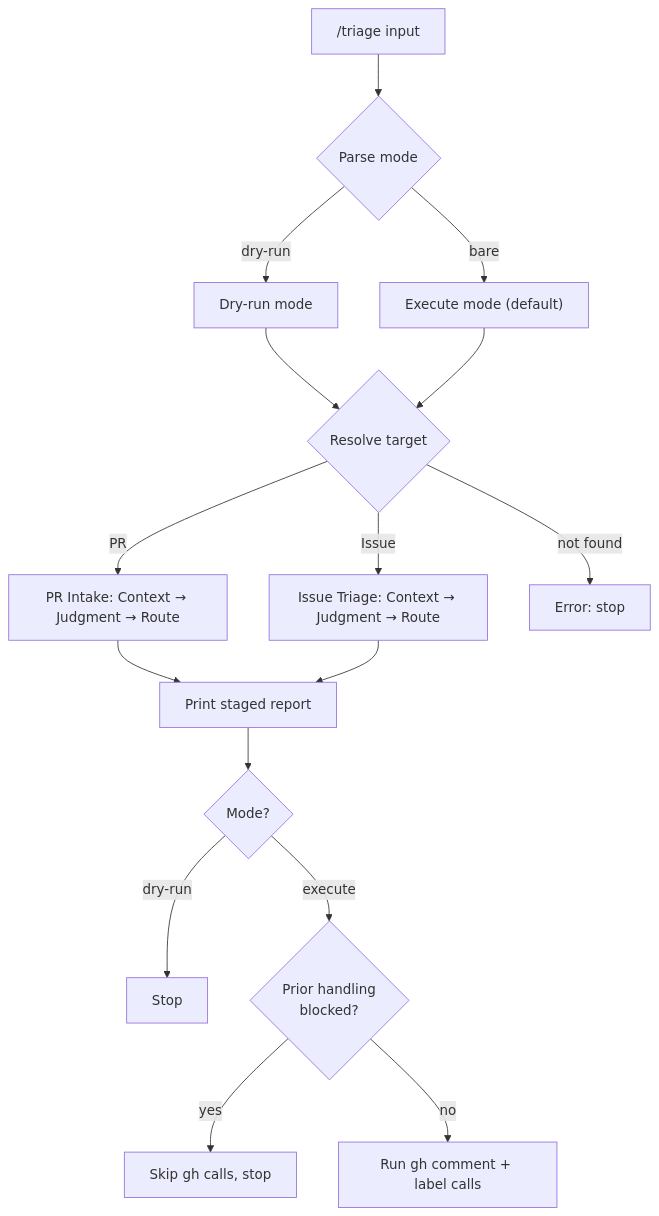
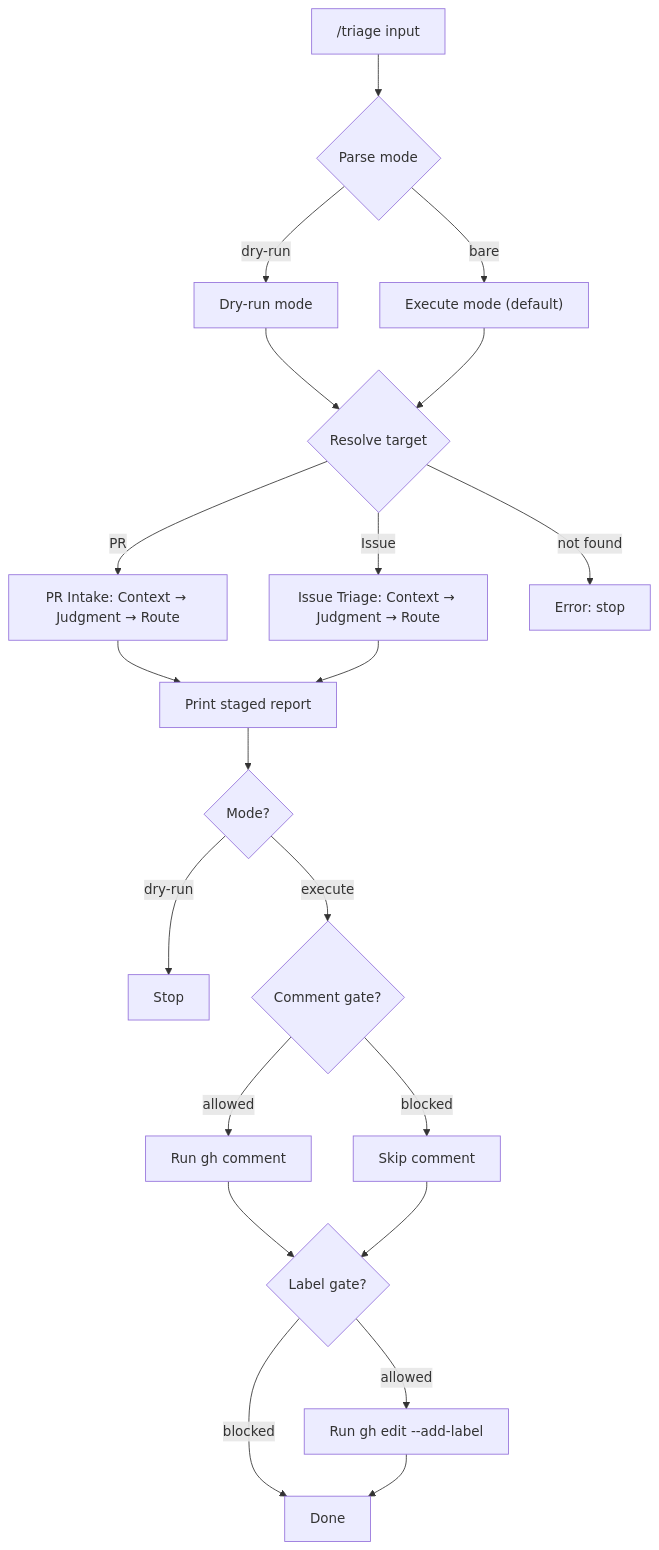
One commit to CNCSMonster/qwen-code changed the first of 2 diagrams in .qwen/skills/triage/references/workflow-overview.md. Above: the diagram before and after it, drawn with Mermaid. The commit also changed 2 other files, not shown here.

Commit message:
refactor(skill): split triage prior-handling into tiered comment/label gates
The single binary gate was too aggressive — a collaborator leaving a one-line
"Related to #X" comment blocked ALL side effects including adding useful
routing labels. Labels are low-noise and provide genuine routing value even
when comments are blocked.

Split into two independent gates:
- Comment gate (strict): blocks gh comment when collaborator/bot engaged
- Label gate (permissive): blocks gh edit --add-label only when routing
  labels already exist or issue is closed

Also removed confirmation/override language since this will run in CI.

````diff
--- a/.qwen/skills/triage/references/workflow-overview.md
+++ b/.qwen/skills/triage/references/workflow-overview.md
@@ -41,21 +41,26 @@
 ```mermaid
 flowchart TD
   A["/triage input"] --> M{"Parse mode"}
   M -->|"dry-run"| DRY["Dry-run mode"]
   M -->|"bare"| EXEC["Execute mode (default)"]
 
   DRY --> T{"Resolve target"}
   EXEC --> T
 
   T -->|PR| PR["PR Intake: Context → Judgment → Route"]
   T -->|Issue| IS["Issue Triage: Context → Judgment → Route"]
   T -->|"not found"| ERR["Error: stop"]
 
   PR --> RPT["Print staged report"]
   IS --> RPT
   RPT --> MODE{"Mode?"}
   MODE -->|dry-run| END1["Stop"]
-  MODE -->|execute| PRIOR{"Prior handling<br/>blocked?"}
-  PRIOR -->|yes| END2["Skip gh calls, stop"]
-  PRIOR -->|no| GH["Run gh comment + label calls"]
+  MODE -->|execute| CG{"Comment gate?"}
+  CG -->|allowed| GH_COMMENT["Run gh comment"]
+  CG -->|blocked| SKIP_COMMENT["Skip comment"]
+  GH_COMMENT --> LG{"Label gate?"}
+  SKIP_COMMENT --> LG
+  LG -->|allowed| GH_LABEL["Run gh edit --add-label"]
+  LG -->|blocked| END2["Done"]
+  GH_LABEL --> END2
 ```
````
